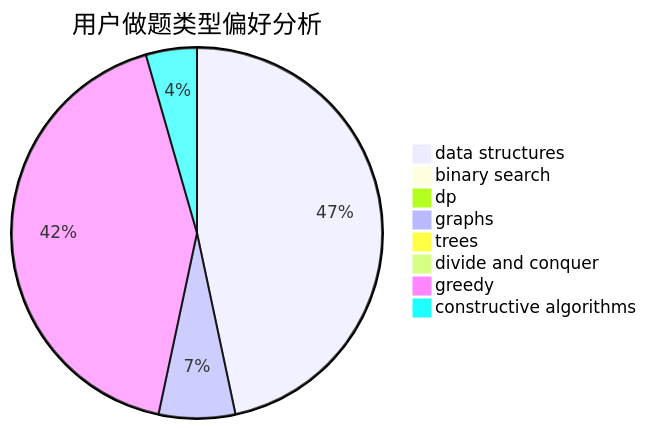
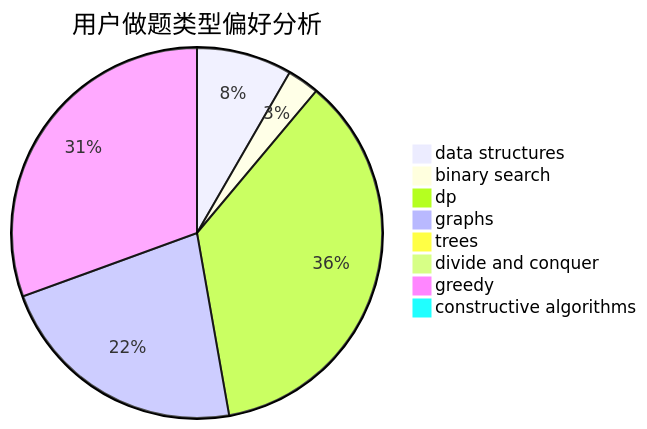
One commit to sherpahu/cfrs.github.io changed the second of 3 diagrams in docs/user/u1276.md. Above: the diagram before and after it, drawn with Mermaid. The commit also changed other lines of this file and 2770 other files, not shown here.

````diff
--- a/docs/user/u1276.md
+++ b/docs/user/u1276.md
@@ -23,11 +23,11 @@
 ```mermaid
 pie title 用户做题类型偏好分析
-    "data structures" :  21
-    "binary search" :  0
-    "dp" :  0
-    "graphs" :  3
+    "data structures" :  3
+    "binary search" :  1
+    "dp" :  13
+    "graphs" :  8
     "trees" :  0
     "divide and conquer" :  0
-    "greedy" :  19
-    "constructive algorithms" :  2
+    "greedy" :  11
+    "constructive algorithms" :  0
 ```
````
